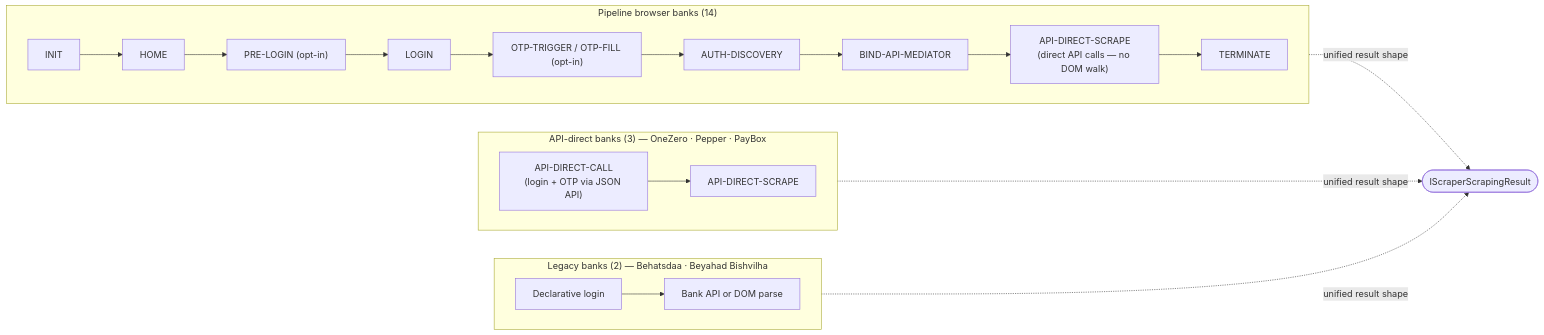
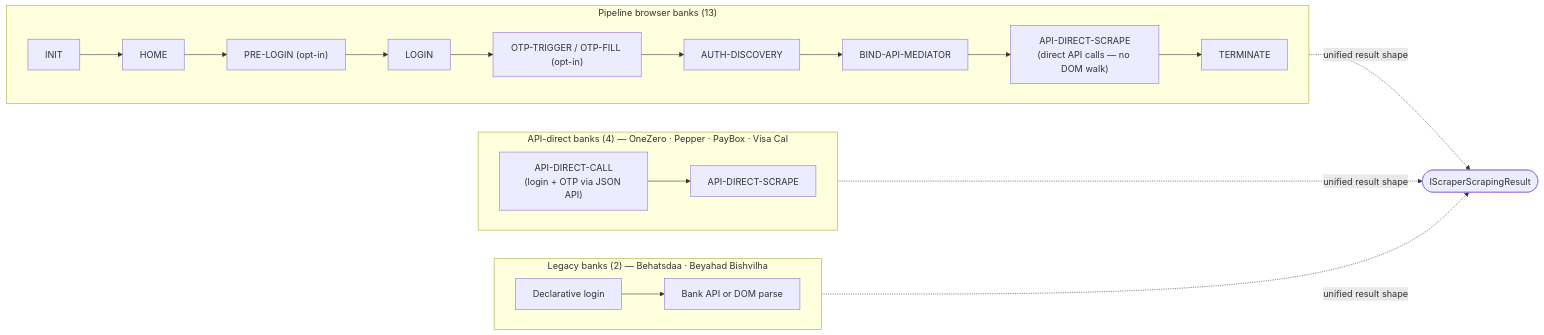
The diagram in README.md (sergienko4/israeli-bank-scrapers), drawn with Mermaid before and after one commit. The commit also changed other lines of this file and 127 other files, not shown here.

First line of the commit message:
feat(visacal): log in over the API, no browser

````diff
--- a/README.md
+++ b/README.md
@@ -377,27 +381,27 @@
 ```mermaid
 flowchart LR
-    subgraph BB["Pipeline browser banks (14)"]
+    subgraph BB["Pipeline browser banks (13)"]
       direction LR
       INIT --> HOME --> PRELOGIN["PRE-LOGIN (opt-in)"]
       PRELOGIN --> LOGIN
       LOGIN --> OTP["OTP-TRIGGER / OTP-FILL (opt-in)"]
       OTP --> AUTH["AUTH-DISCOVERY"]
       AUTH --> BIND["BIND-API-MEDIATOR"]
       BIND --> SCRAPE["API-DIRECT-SCRAPE<br/>(direct API calls — no DOM walk)"]
       SCRAPE --> TERM["TERMINATE"]
     end
 
-    subgraph API["API-direct banks (3) — OneZero · Pepper · PayBox"]
+    subgraph API["API-direct banks (4) — OneZero · Pepper · PayBox · Visa Cal"]
       direction LR
       CALL["API-DIRECT-CALL<br/>(login + OTP via JSON API)"] --> SCR["API-DIRECT-SCRAPE"]
     end
 
     subgraph LEG["Legacy banks (2) — Behatsdaa · Beyahad Bishvilha"]
       direction LR
       LLOGIN["Declarative login"] --> LFETCH["Bank API or DOM parse"]
     end
 
     BB -.->|"unified result shape"| RESULT(["IScraperScrapingResult"])
     API -.->|"unified result shape"| RESULT
     LEG -.->|"unified result shape"| RESULT
 ```
````
